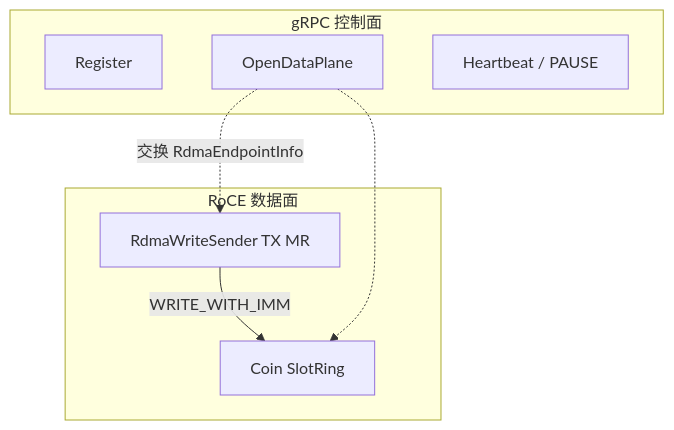
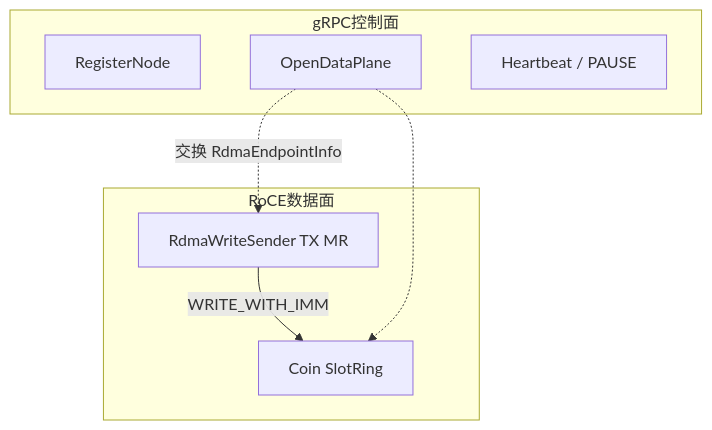
The first of 3 diagrams in docs/接口说明/dataplane/rdma/README.md (Wasshoii/pni_r2c), drawn with Mermaid before and after one commit. The commit also changed other lines of this file and 36 other files, not shown here.

````diff
--- a/docs/接口说明/dataplane/rdma/README.md
+++ b/docs/接口说明/dataplane/rdma/README.md
@@ -25,15 +15,15 @@
 ```mermaid
 flowchart TB
-  subgraph ctrl [gRPC 控制面]
-    reg["Register"]
+  subgraph ctrl [gRPC控制面]
+    reg["RegisterNode"]
     odp["OpenDataPlane"]
     hb["Heartbeat / PAUSE"]
   end
-  subgraph data [RoCE 数据面]
+  subgraph data [RoCE数据面]
     tx["RdmaWriteSender TX MR"]
     ring["Coin SlotRing"]
     tx -->|"WRITE_WITH_IMM"| ring
   end
   odp -.->|"交换 RdmaEndpointInfo"| tx
   odp -.-> ring
 ```
````
